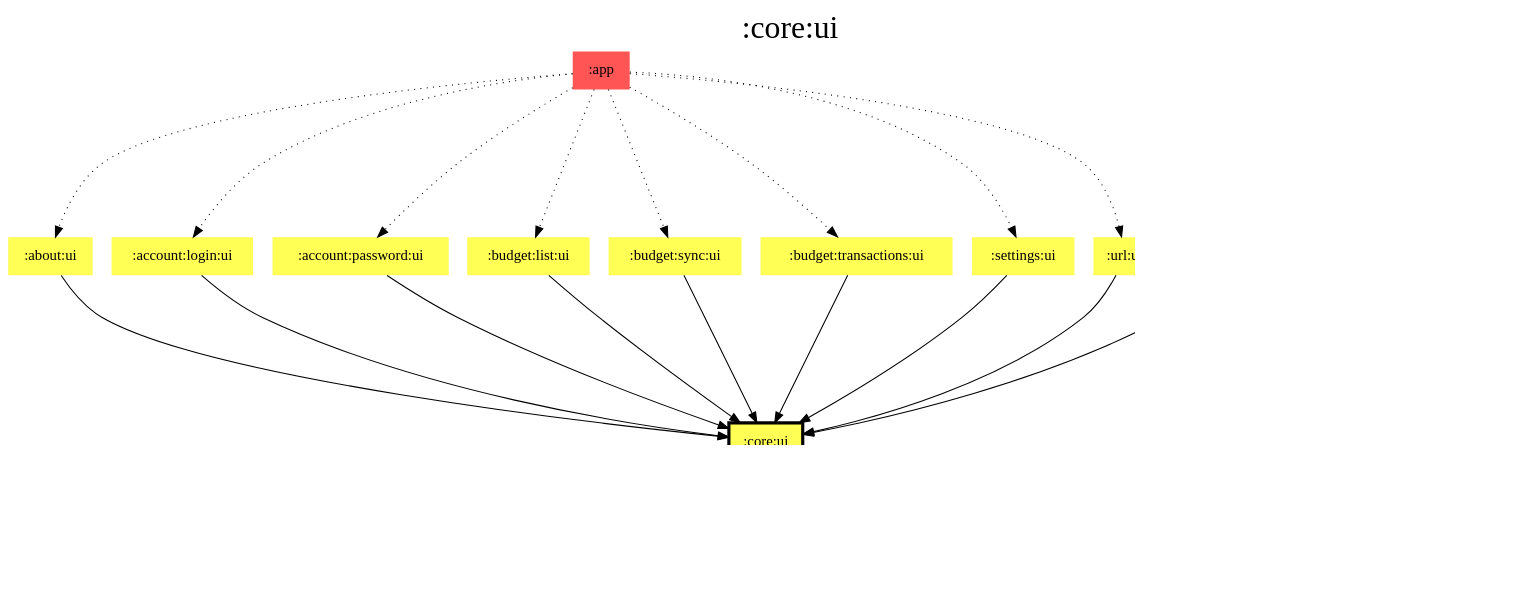
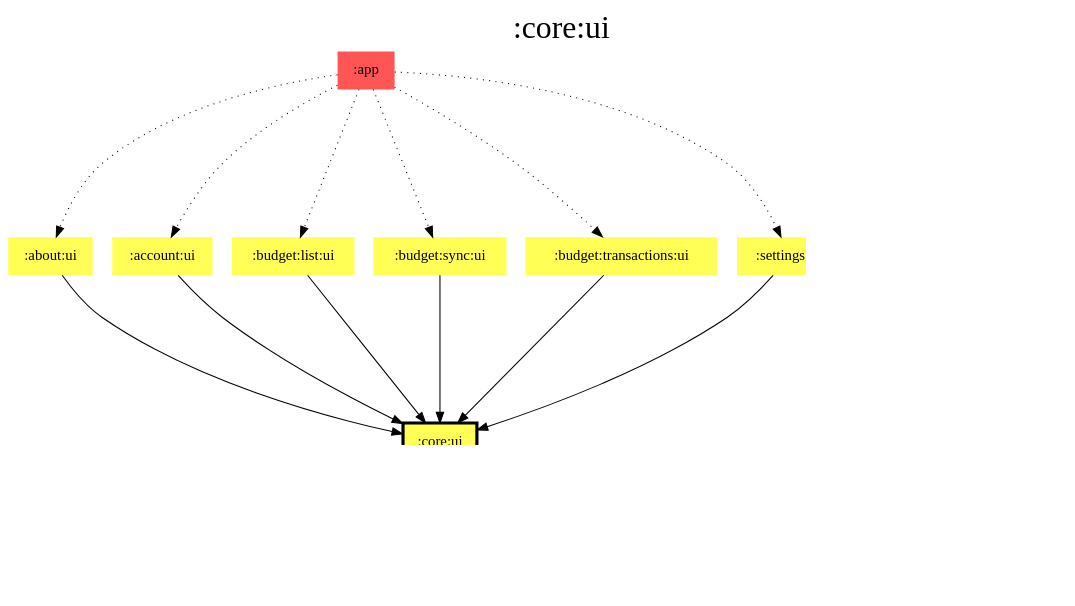
One commit to jonapoul/aktual changed the diagram in modules/core/ui/modules.dot. Above: the diagram before and after it, drawn with Graphviz. The commit also changed 163 other files, not shown here.

First line of the commit message:
Merge login, password and URL modules (#289)

```diff
--- a/modules/core/ui/modules.dot
+++ b/modules/core/ui/modules.dot
@@ -1,54 +1,46 @@
 digraph {
 edge ["dir"="forward"]
 graph ["dpi"="100","label"=":core:ui","labelloc"="t","fontsize"="30","ranksep"="1.5","rankdir"="TB"]
 node ["style"="filled"]
 ":about:ui" ["fillcolor"="#FFFF55","shape"="none"]
-":account:login:ui" ["fillcolor"="#FFFF55","shape"="none"]
-":account:password:ui" ["fillcolor"="#FFFF55","shape"="none"]
+":account:ui" ["fillcolor"="#FFFF55","shape"="none"]
 ":app" ["fillcolor"="#FF5555","shape"="none"]
 ":budget:list:ui" ["fillcolor"="#FFFF55","shape"="none"]
 ":budget:sync:ui" ["fillcolor"="#FFFF55","shape"="none"]
 ":budget:transactions:ui" ["fillcolor"="#FFFF55","shape"="none"]
 ":core:model" ["fillcolor"="#9D8DF1","shape"="none"]
 ":core:res" ["fillcolor"="#00FFFF","shape"="none"]
 ":core:ui" ["fillcolor"="#FFFF55","color"="black","penwidth"="3","shape"="box"]
 ":settings:ui" ["fillcolor"="#FFFF55","shape"="none"]
-":test:compose" ["fillcolor"="#FFFF55","shape"="none"]
-":url:ui" ["fillcolor"="#FFFF55","shape"="none"]
 {
 edge ["dir"="none"]
 graph ["rank"="same"]
 ":core:ui"
 }
 ":about:ui" -> ":core:ui"
-":account:login:ui" -> ":core:ui"
-":account:password:ui" -> ":core:ui"
+":account:ui" -> ":core:ui"
 ":app" -> ":about:ui" ["style"="dotted"]
-":app" -> ":account:login:ui" ["style"="dotted"]
-":app" -> ":account:password:ui" ["style"="dotted"]
+":app" -> ":account:ui" ["style"="dotted"]
 ":app" -> ":budget:list:ui" ["style"="dotted"]
 ":app" -> ":budget:sync:ui" ["style"="dotted"]
 ":app" -> ":budget:transactions:ui" ["style"="dotted"]
 ":app" -> ":settings:ui" ["style"="dotted"]
-":app" -> ":url:ui" ["style"="dotted"]
 ":budget:list:ui" -> ":core:ui"
 ":budget:sync:ui" -> ":core:ui"
 ":budget:transactions:ui" -> ":core:ui"
 ":core:ui" -> ":core:model"
 ":core:ui" -> ":core:res" ["style"="dotted"]
 ":settings:ui" -> ":core:ui"
-":test:compose" -> ":core:ui"
-":url:ui" -> ":core:ui"
 subgraph "cluster_legend" {
 edge ["dir"="none"]
 graph ["label"="Legend","fontsize"="20"]
 "Legend" ["style"="filled","fillcolor"="#FFFFFF","shape"="none","margin"="0","fontsize"="15","label"=<
 <TABLE BORDER="0" CELLBORDER="0" CELLSPACING="0" CELLPADDING="4">
 <TR><TD>App</TD><TD BGCOLOR="#FF5555">module-name</TD></TR>
 <TR><TD>Compose</TD><TD BGCOLOR="#FFFF55">module-name</TD></TR>
 <TR><TD>Resources</TD><TD BGCOLOR="#00FFFF">module-name</TD></TR>
 <TR><TD>Multiplatform</TD><TD BGCOLOR="#9D8DF1">module-name</TD></TR>
 </TABLE>
 >]
 } -> ":core:ui" ["style"="invis"]
 }
```
